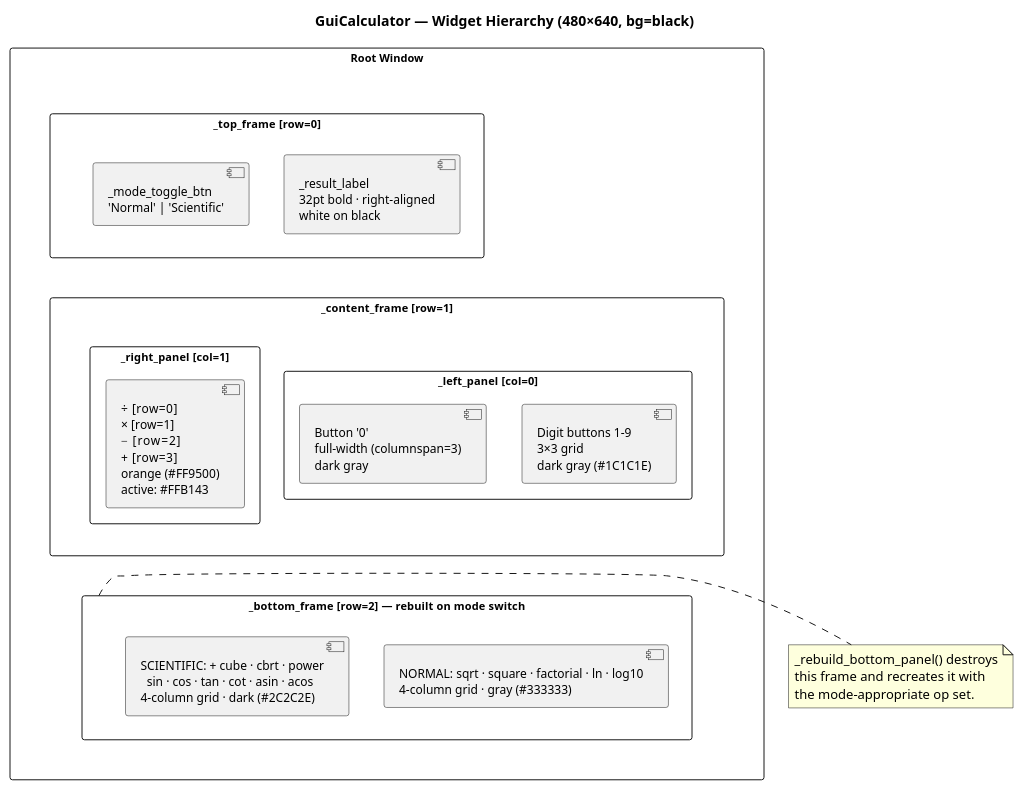
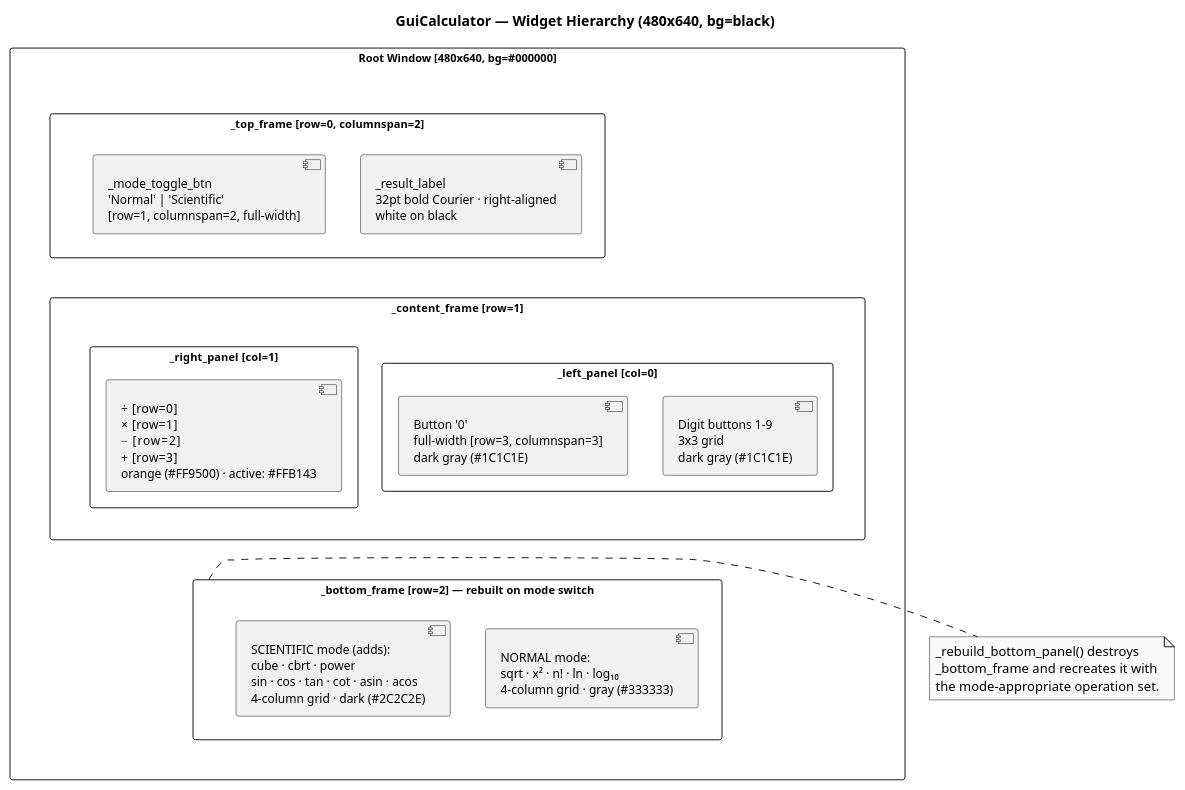
One commit to DanielRiha8906/Calculator_bachelor_autoevolution_team changed the diagram in artifacts/component_gui_layout.puml. Above: the diagram before and after it, drawn with PlantUML. The commit also changed 8 other files, not shown here.

First line of the commit message:
docs: update PlantUML diagrams for iOS-style GuiCalculator redesign

```diff
--- a/artifacts/component_gui_layout.puml
+++ b/artifacts/component_gui_layout.puml
@@ -1,41 +1,43 @@
 @startuml
+skinparam monochrome true
+skinparam shadowing false
 skinparam componentFontSize 12
 skinparam rectangleFontSize 11
-title GuiCalculator — Widget Hierarchy (480×640, bg=black)
+title GuiCalculator — Widget Hierarchy (480x640, bg=black)
 
-rectangle "Root Window" as Root {
+rectangle "Root Window [480x640, bg=#000000]" as Root {
 
-    rectangle "_top_frame  [row=0]" as Top {
-        component "_result_label\n32pt bold · right-aligned\nwhite on black" as ResultLabel
-        component "_mode_toggle_btn\n'Normal' | 'Scientific'" as ModeBtn
+    rectangle "_top_frame  [row=0, columnspan=2]" as Top {
+        component "_result_label\n32pt bold Courier · right-aligned\nwhite on black" as ResultLabel
+        component "_mode_toggle_btn\n'Normal' | 'Scientific'\n[row=1, columnspan=2, full-width]" as ModeBtn
     }
 
     rectangle "_content_frame  [row=1]" as Content {
 
         rectangle "_left_panel  [col=0]" as Left {
-            component "Digit buttons 1–9\n3×3 grid\ndark gray (#1C1C1E)" as Digits
-            component "Button '0'\nfull-width (columnspan=3)\ndark gray" as Zero
+            component "Digit buttons 1–9\n3x3 grid\ndark gray (#1C1C1E)" as Digits
+            component "Button '0'\nfull-width [row=3, columnspan=3]\ndark gray (#1C1C1E)" as Zero
         }
 
         rectangle "_right_panel  [col=1]" as Right {
-            component "÷  [row=0]\n× [row=1]\n−  [row=2]\n+  [row=3]\norange (#FF9500)\nactive: #FFB143" as Arith
+            component "÷  [row=0]\n×  [row=1]\n−  [row=2]\n+  [row=3]\norange (#FF9500) · active: #FFB143" as Arith
         }
     }
 
-    rectangle "_bottom_frame  [row=2]  — rebuilt on mode switch" as Bottom {
-        component "NORMAL: sqrt · square · factorial · ln · log10\n4-column grid · gray (#333333)" as NormalOps
-        component "SCIENTIFIC: + cube · cbrt · power\n  sin · cos · tan · cot · asin · acos\n4-column grid · dark (#2C2C2E)" as SciOps
+    rectangle "_bottom_frame  [row=2] — rebuilt on mode switch" as Bottom {
+        component "NORMAL mode:\nsqrt · x² · n! · ln · log₁₀\n4-column grid · gray (#333333)" as NormalOps
+        component "SCIENTIFIC mode (adds):\ncube · cbrt · power\nsin · cos · tan · cot · asin · acos\n4-column grid · dark (#2C2C2E)" as SciOps
     }
 }
 
 note right of Bottom
   _rebuild_bottom_panel() destroys
-  this frame and recreates it with
-  the mode-appropriate op set.
+  _bottom_frame and recreates it with
+  the mode-appropriate operation set.
 end note
 
 Root -[hidden]-> Top
 Top -[hidden]-> Content
 Content -[hidden]-> Bottom
 
 @enduml
```
